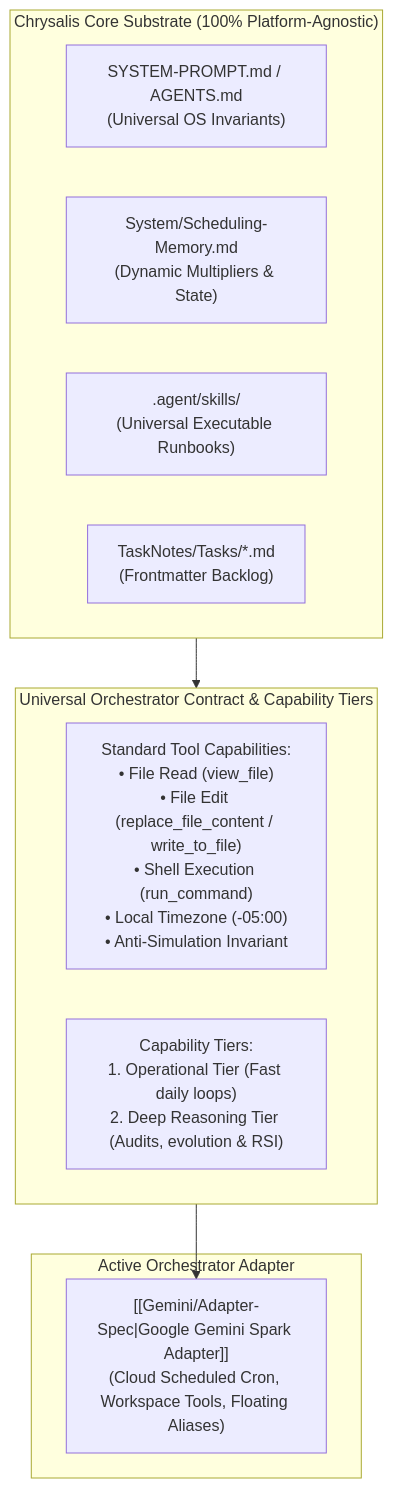
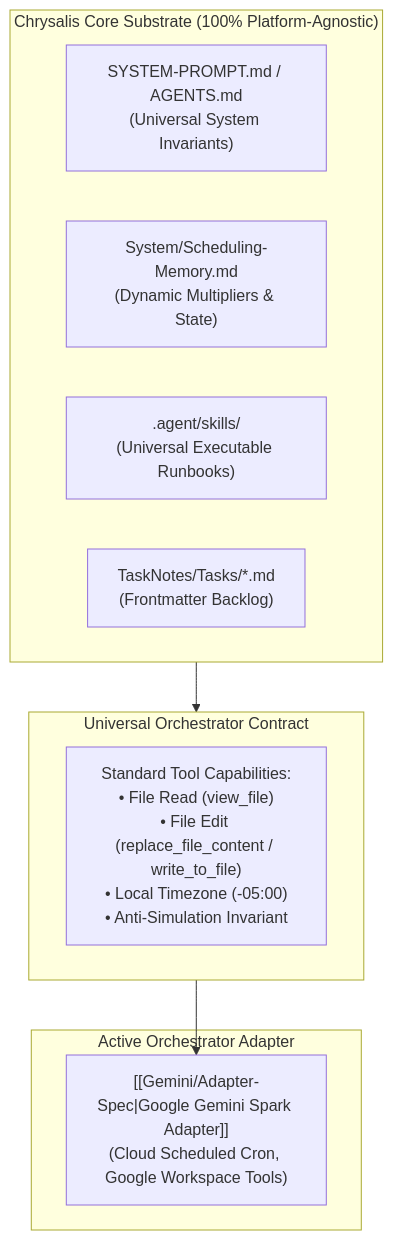
Before and after one commit to tama-gucci/chrysalis: the diagram in System/Orchestrators/README.md, drawn with Mermaid. The commit also changed other lines of this file and 11 other files, not shown here.

````diff
--- a/System/Orchestrators/README.md
+++ b/System/Orchestrators/README.md
@@ -19,21 +19,20 @@
 ```mermaid
 graph TD
     subgraph Substrate ["Chrysalis Core Substrate (100% Platform-Agnostic)"]
-        Constitution["SYSTEM-PROMPT.md / AGENTS.md<br/>(Universal OS Invariants)"]
+        Constitution["SYSTEM-PROMPT.md / AGENTS.md<br/>(Universal System Invariants)"]
         Memory["System/Scheduling-Memory.md<br/>(Dynamic Multipliers & State)"]
         Skills[".agent/skills/<br/>(Universal Executable Runbooks)"]
         Tasks["TaskNotes/Tasks/*.md<br/>(Frontmatter Backlog)"]
     end
 
-    subgraph Contract ["Universal Orchestrator Contract & Capability Tiers"]
-        ContractSpec["Standard Tool Capabilities:<br/>• File Read (view_file)<br/>• File Edit (replace_file_content / write_to_file)<br/>• Shell Execution (run_command)<br/>• Local Timezone (-05:00)<br/>• Anti-Simulation Invariant"]
-        Tiers["Capability Tiers:<br/>1. Operational Tier (Fast daily loops)<br/>2. Deep Reasoning Tier (Audits, evolution & RSI)"]
+    subgraph Contract ["Universal Orchestrator Contract"]
+        ContractSpec["Standard Tool Capabilities:<br/>• File Read (view_file)<br/>• File Edit (replace_file_content / write_to_file)<br/>• Local Timezone (-05:00)<br/>• Anti-Simulation Invariant"]
     end
 
     subgraph ActiveAdapter ["Active Orchestrator Adapter"]
-        Gemini["[[Gemini/Adapter-Spec|Google Gemini Spark Adapter]]<br/>(Cloud Scheduled Cron, Workspace Tools, Floating Aliases)"]
+        Gemini["[[Gemini/Adapter-Spec|Google Gemini Spark Adapter]]<br/>(Cloud Scheduled Cron, Google Workspace Tools)"]
     end
 
     Substrate --> Contract
     Contract --> Gemini
 ```
````
